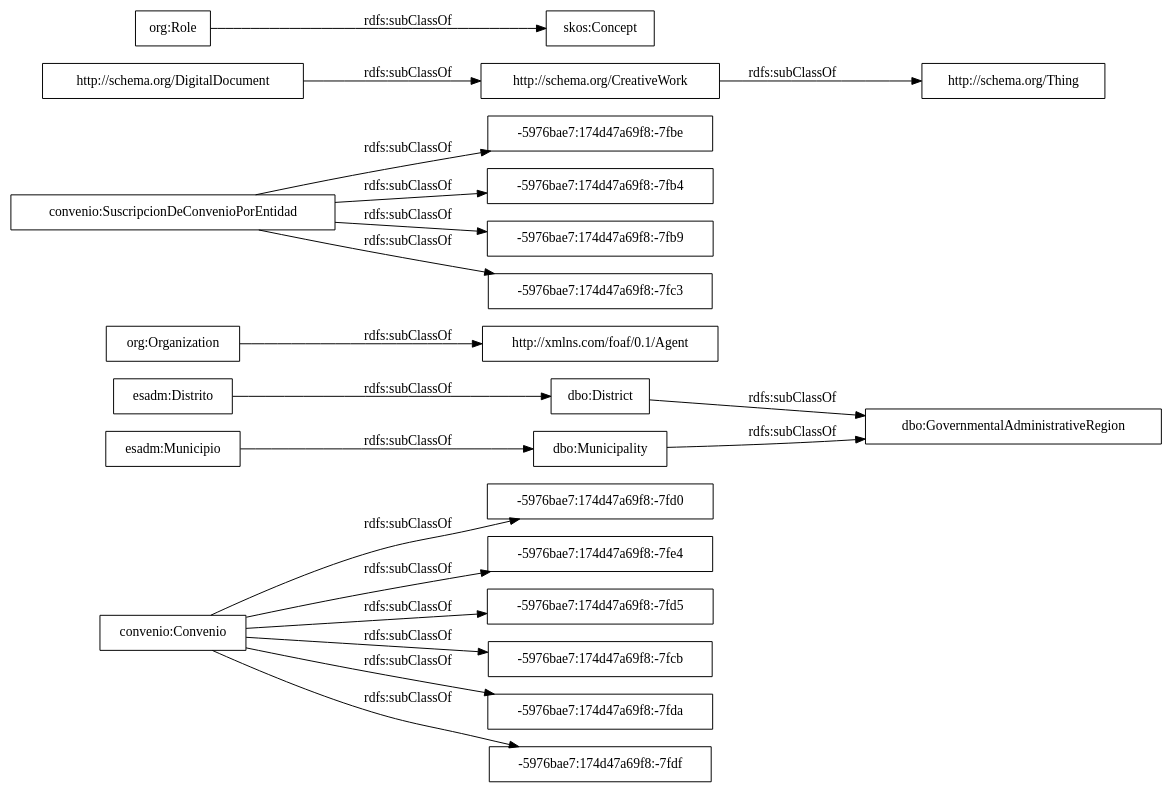
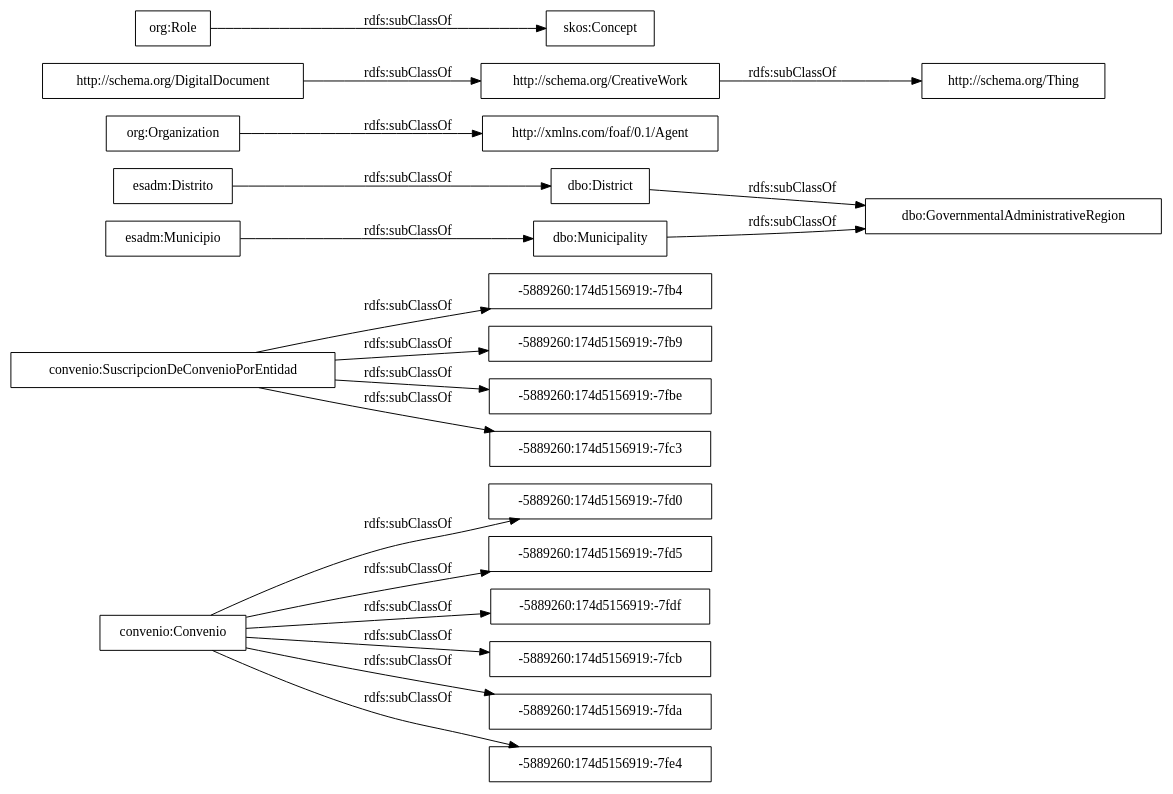
Before and after one commit to leticiarubalcabadg/vocab-sector-publico-convenios: the diagram in OnToology/ontology/convenio.owl/diagrams/ar2dtool-taxonomy/convenio.owl.png.dot, drawn with Graphviz. The commit also changed 5 other files, not shown here.

```diff
--- a/OnToology/ontology/convenio.owl/diagrams/ar2dtool-taxonomy/convenio.owl.png.dot
+++ b/OnToology/ontology/convenio.owl/diagrams/ar2dtool-taxonomy/convenio.owl.png.dot
@@ -1,24 +1,24 @@
 digraph ar2dtool_diagram { 
 rankdir=LR;
 size="1000"
-node [shape = rectangle, color="black"]; "convenio:Convenio" "dbo:GovernmentalAdministrativeRegion" "http://xmlns.com/foaf/0.1/Agent" "-5976bae7:174d47a69f8:-7fbe" "-5976bae7:174d47a69f8:-7fd0" "-5976bae7:174d47a69f8:-7fb4" "http://schema.org/CreativeWork" "-5976bae7:174d47a69f8:-7fe4" "-5976bae7:174d47a69f8:-7fd5" "dbo:District" "-5976bae7:174d47a69f8:-7fcb" "-5976bae7:174d47a69f8:-7fda" "convenio:SuscripcionDeConvenioPorEntidad" "http://schema.org/DigitalDocument" "http://schema.org/Thing" "esadm:Distrito" "dbo:Municipality" "-5976bae7:174d47a69f8:-7fdf" "skos:Concept" "esadm:Municipio" "org:Organization" "org:Role" "-5976bae7:174d47a69f8:-7fb9" "-5976bae7:174d47a69f8:-7fc3" ; /*classes style*/
-	"convenio:Convenio" -> "-5976bae7:174d47a69f8:-7fcb" [ label = "rdfs:subClassOf" ];
-	"convenio:Convenio" -> "-5976bae7:174d47a69f8:-7fdf" [ label = "rdfs:subClassOf" ];
-	"convenio:Convenio" -> "-5976bae7:174d47a69f8:-7fda" [ label = "rdfs:subClassOf" ];
-	"convenio:Convenio" -> "-5976bae7:174d47a69f8:-7fe4" [ label = "rdfs:subClassOf" ];
-	"convenio:Convenio" -> "-5976bae7:174d47a69f8:-7fd5" [ label = "rdfs:subClassOf" ];
-	"convenio:Convenio" -> "-5976bae7:174d47a69f8:-7fd0" [ label = "rdfs:subClassOf" ];
+node [shape = rectangle, color="black"]; "-5889260:174d5156919:-7fd0" "-5889260:174d5156919:-7fd5" "convenio:Convenio" "-5889260:174d5156919:-7fb4" "dbo:GovernmentalAdministrativeRegion" "http://xmlns.com/foaf/0.1/Agent" "http://schema.org/CreativeWork" "-5889260:174d5156919:-7fb9" "dbo:District" "-5889260:174d5156919:-7fdf" "-5889260:174d5156919:-7fcb" "convenio:SuscripcionDeConvenioPorEntidad" "http://schema.org/DigitalDocument" "http://schema.org/Thing" "esadm:Distrito" "dbo:Municipality" "skos:Concept" "-5889260:174d5156919:-7fda" "-5889260:174d5156919:-7fbe" "esadm:Municipio" "org:Organization" "org:Role" "-5889260:174d5156919:-7fc3" "-5889260:174d5156919:-7fe4" ; /*classes style*/
+	"convenio:Convenio" -> "-5889260:174d5156919:-7fe4" [ label = "rdfs:subClassOf" ];
+	"convenio:Convenio" -> "-5889260:174d5156919:-7fd5" [ label = "rdfs:subClassOf" ];
+	"convenio:Convenio" -> "-5889260:174d5156919:-7fd0" [ label = "rdfs:subClassOf" ];
+	"convenio:Convenio" -> "-5889260:174d5156919:-7fdf" [ label = "rdfs:subClassOf" ];
+	"convenio:Convenio" -> "-5889260:174d5156919:-7fcb" [ label = "rdfs:subClassOf" ];
+	"convenio:Convenio" -> "-5889260:174d5156919:-7fda" [ label = "rdfs:subClassOf" ];
 	"org:Organization" -> "http://xmlns.com/foaf/0.1/Agent" [ label = "rdfs:subClassOf" ];
 	"http://schema.org/CreativeWork" -> "http://schema.org/Thing" [ label = "rdfs:subClassOf" ];
 	"org:Role" -> "skos:Concept" [ label = "rdfs:subClassOf" ];
-	"convenio:SuscripcionDeConvenioPorEntidad" -> "-5976bae7:174d47a69f8:-7fb4" [ label = "rdfs:subClassOf" ];
-	"convenio:SuscripcionDeConvenioPorEntidad" -> "-5976bae7:174d47a69f8:-7fbe" [ label = "rdfs:subClassOf" ];
-	"convenio:SuscripcionDeConvenioPorEntidad" -> "-5976bae7:174d47a69f8:-7fc3" [ label = "rdfs:subClassOf" ];
-	"convenio:SuscripcionDeConvenioPorEntidad" -> "-5976bae7:174d47a69f8:-7fb9" [ label = "rdfs:subClassOf" ];
+	"convenio:SuscripcionDeConvenioPorEntidad" -> "-5889260:174d5156919:-7fb4" [ label = "rdfs:subClassOf" ];
+	"convenio:SuscripcionDeConvenioPorEntidad" -> "-5889260:174d5156919:-7fc3" [ label = "rdfs:subClassOf" ];
+	"convenio:SuscripcionDeConvenioPorEntidad" -> "-5889260:174d5156919:-7fbe" [ label = "rdfs:subClassOf" ];
+	"convenio:SuscripcionDeConvenioPorEntidad" -> "-5889260:174d5156919:-7fb9" [ label = "rdfs:subClassOf" ];
 	"esadm:Distrito" -> "dbo:District" [ label = "rdfs:subClassOf" ];
 	"dbo:Municipality" -> "dbo:GovernmentalAdministrativeRegion" [ label = "rdfs:subClassOf" ];
 	"dbo:District" -> "dbo:GovernmentalAdministrativeRegion" [ label = "rdfs:subClassOf" ];
 	"http://schema.org/DigitalDocument" -> "http://schema.org/CreativeWork" [ label = "rdfs:subClassOf" ];
 	"esadm:Municipio" -> "dbo:Municipality" [ label = "rdfs:subClassOf" ];
 
 }
```
